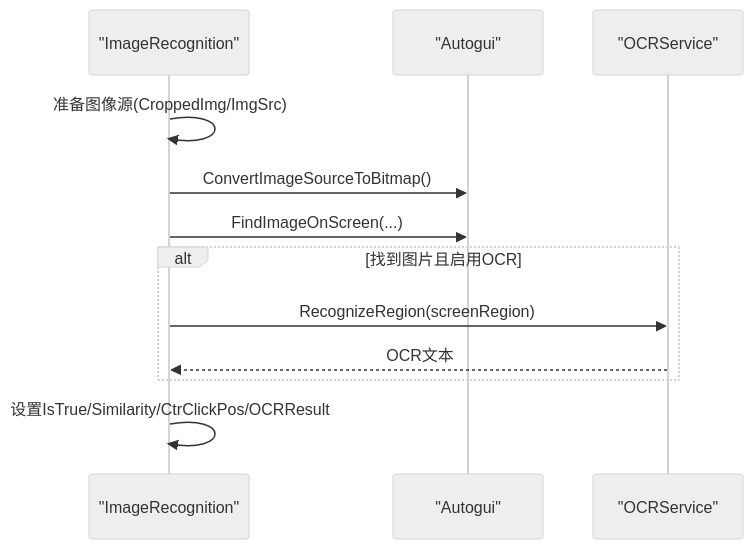
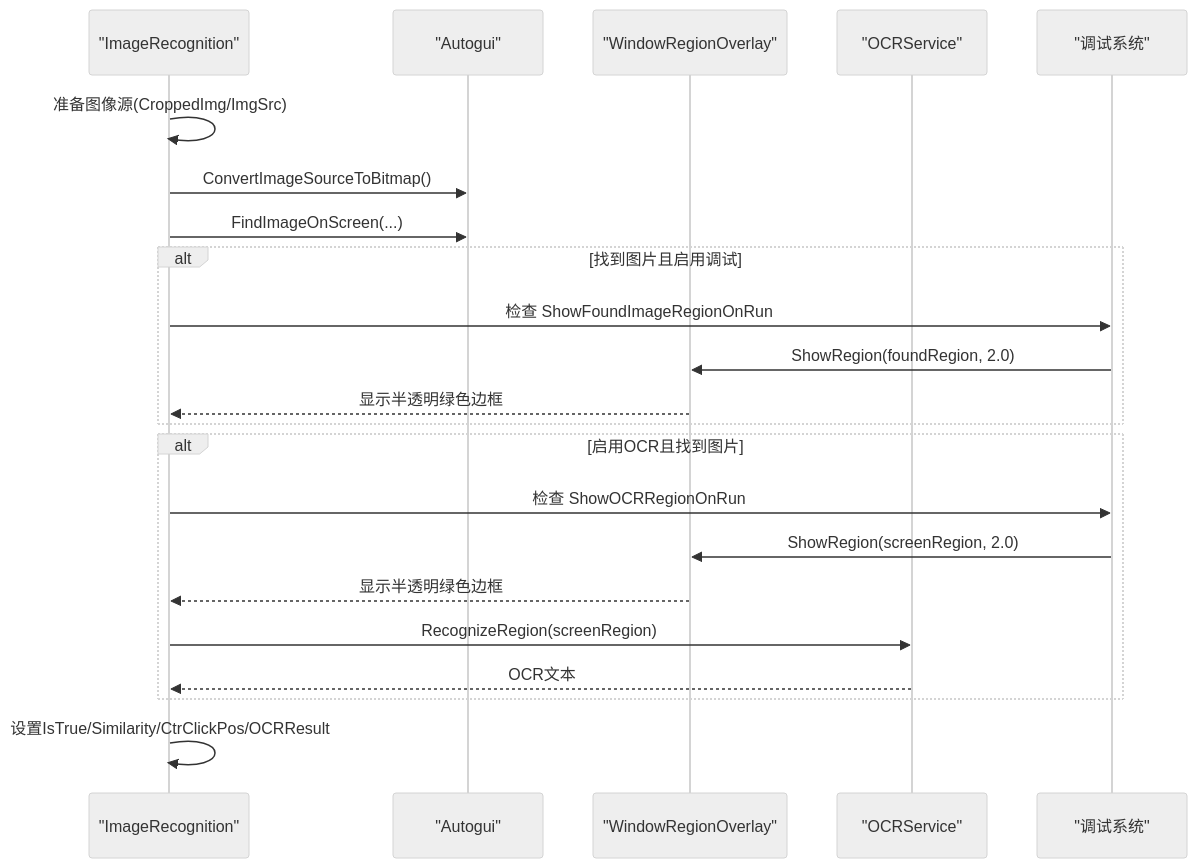
One commit to yooxii/ShaoLuAuto changed the eighth of 11 diagrams in .qoder/repowiki/zh/content/图像识别引擎/图像识别引擎.md. Above: the diagram before and after it, drawn with Mermaid (neutral theme). The commit also changed other lines of this file and 45 other files, not shown here.

````diff
--- a/.qoder/repowiki/zh/content/图像识别引擎/图像识别引擎.md
+++ b/.qoder/repowiki/zh/content/图像识别引擎/图像识别引擎.md
@@ -218,14 +354,24 @@
 ```mermaid
 sequenceDiagram
 participant VM as "ImageRecognition"
 participant AG as "Autogui"
+participant Overlay as "WindowRegionOverlay"
 participant OCR as "OCRService"
+participant Debug as "调试系统"
 VM->>VM : 准备图像源(CroppedImg/ImgSrc)
 VM->>AG : ConvertImageSourceToBitmap()
 VM->>AG : FindImageOnScreen(...)
-alt 找到图片且启用OCR
+alt 找到图片且启用调试
+VM->>Debug : 检查 ShowFoundImageRegionOnRun
+Debug->>Overlay : ShowRegion(foundRegion, 2.0)
+Overlay-->>VM : 显示半透明绿色边框
+end
+alt 启用OCR且找到图片
+VM->>Debug : 检查 ShowOCRRegionOnRun
+Debug->>Overlay : ShowRegion(screenRegion, 2.0)
+Overlay-->>VM : 显示半透明绿色边框
 VM->>OCR : RecognizeRegion(screenRegion)
 OCR-->>VM : OCR文本
 end
 VM->>VM : 设置IsTrue/Similarity/CtrClickPos/OCRResult
 ```
````
